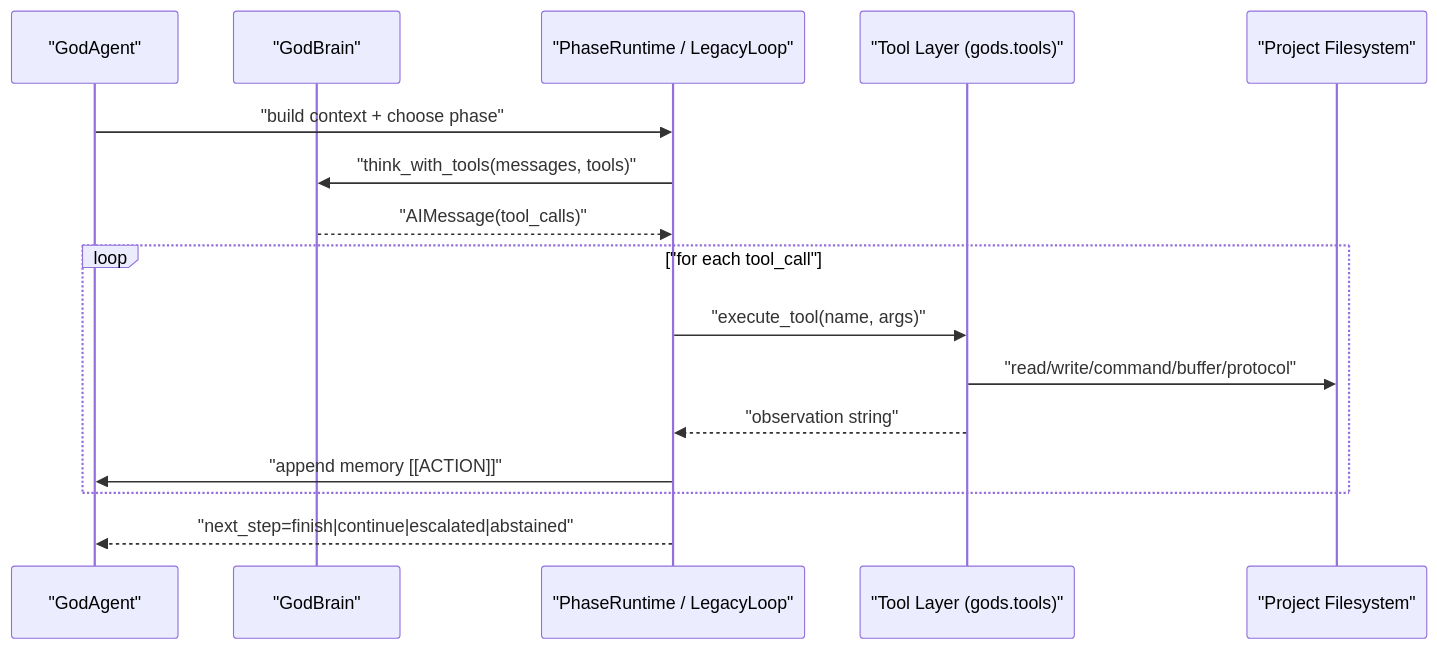
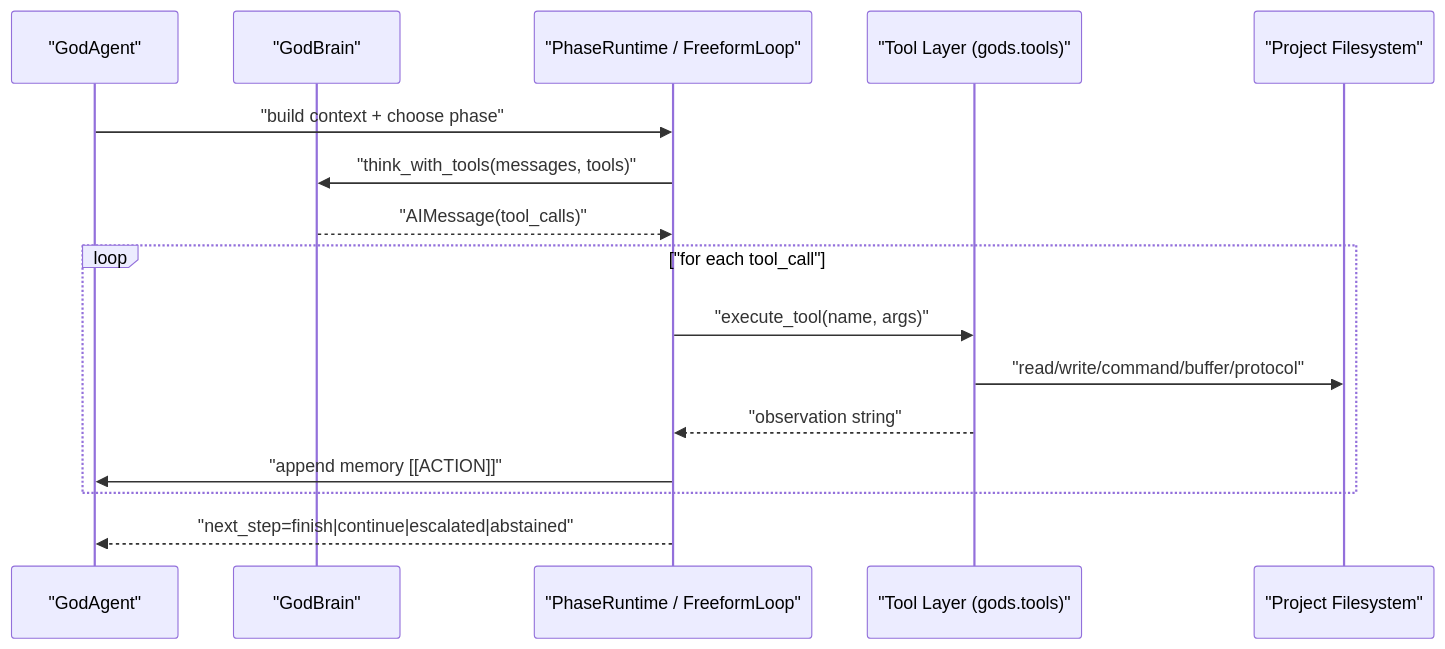
One commit to Lands54/Pantheon changed diagram 17 of 26 in docs/ARCHITECTURE_MERMAID.md. Above: the diagram before and after it, drawn with Mermaid. The commit also changed other lines of this file and 89 other files, not shown here.

Commit message:
refactor: remove compatibility tracks and align docs to single-track architecture

````diff
--- a/docs/ARCHITECTURE_MERMAID.md
+++ b/docs/ARCHITECTURE_MERMAID.md
@@ -259,19 +258,19 @@
 ```mermaid
 sequenceDiagram
     participant AG as "GodAgent"
     participant BR as "GodBrain"
-    participant RT as "PhaseRuntime / LegacyLoop"
+    participant RT as "PhaseRuntime / FreeformLoop"
     participant TL as "Tool Layer (gods.tools)"
     participant FS as "Project Filesystem"
 
     AG->>RT: "build context + choose phase"
     RT->>BR: "think_with_tools(messages, tools)"
     BR-->>RT: "AIMessage(tool_calls)"
     loop "for each tool_call"
       RT->>TL: "execute_tool(name, args)"
       TL->>FS: "read/write/command/buffer/protocol"
       TL-->>RT: "observation string"
       RT->>AG: "append memory [[ACTION]]"
     end
     RT-->>AG: "next_step=finish|continue|escalated|abstained"
 ```
````
